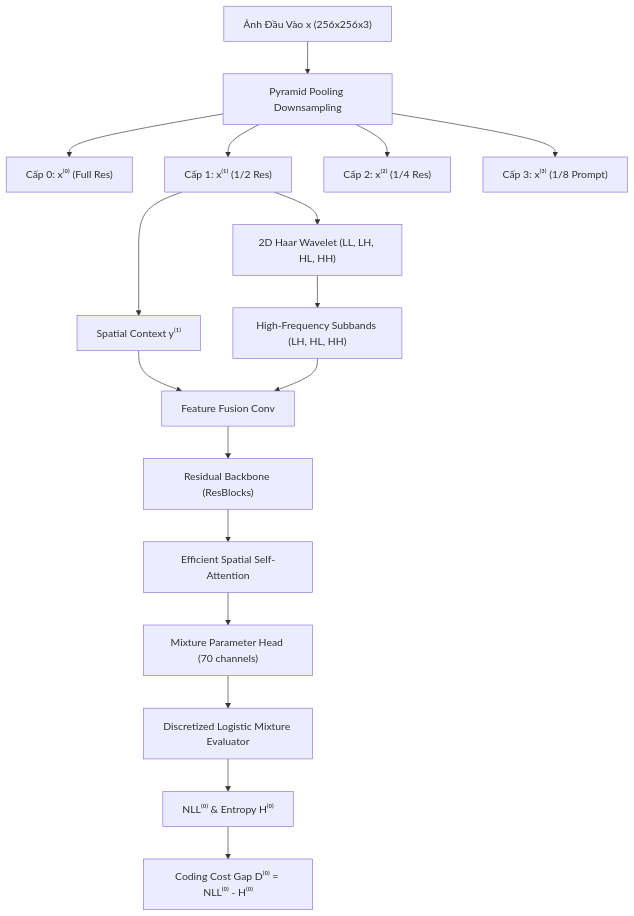
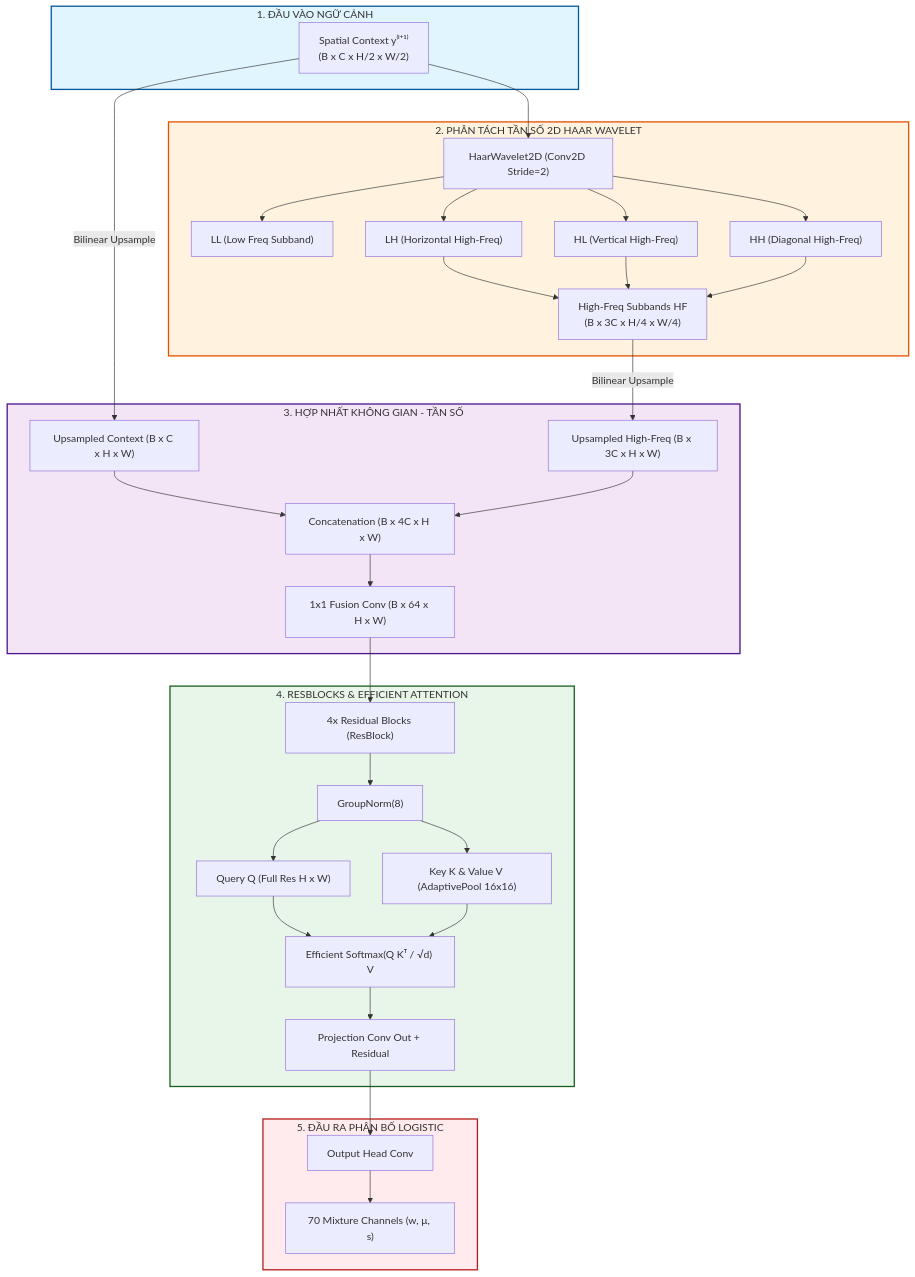
Before and after one commit to vietanhlee/XLA: the diagram in ADVANCED_ZED_ARCHITECTURE.md, drawn with Mermaid. The commit also changed other lines of this file and 7 other files, not shown here.

````diff
--- a/ADVANCED_ZED_ARCHITECTURE.md
+++ b/ADVANCED_ZED_ARCHITECTURE.md
@@ -56,22 +57,42 @@
 ```mermaid
-graph TD
-    A["Ảnh Đầu Vào x (256x256x3)"] --> B["Pyramid Pooling Downsampling"]
-    B --> C0["Cấp 0: x⁽⁰⁾ (Full Res)"]
-    B --> C1["Cấp 1: x⁽¹⁾ (1/2 Res)"]
-    B --> C2["Cấp 2: x⁽²⁾ (1/4 Res)"]
-    B --> C3["Cấp 3: x⁽³⁾ (1/8 Prompt)"]
+flowchart TD
+    subgraph InputStage ["1. ĐẦU VÀO NGỮ CẢNH"]
+        Y["Spatial Context y⁽ˡ⁺¹⁾<br/>(B x C x H/2 x W/2)"]
+    end
 
-    C1 --> W0["2D Haar Wavelet (LL, LH, HL, HH)"]
-    W0 --> HF0["High-Frequency Subbands (LH, HL, HH)"]
-    
-    C1 --> F0["Spatial Context y⁽¹⁾"]
-    F0 & HF0 --> Fusion0["Feature Fusion Conv"]
-    
-    Fusion0 --> Res0["Residual Backbone (ResBlocks)"]
-    Res0 --> Attn0["Efficient Spatial Self-Attention"]
-    Attn0 --> Head0["Mixture Parameter Head (70 channels)"]
-    
-    Head0 --> LogMix0["Discretized Logistic Mixture Evaluator"]
-    LogMix0 --> Stat0["NLL⁽⁰⁾ & Entropy H⁽⁰⁾"]
-    Stat0 --> Gap0["Coding Cost Gap D⁽⁰⁾ = NLL⁽⁰⁾ - H⁽⁰⁾"]
+    subgraph WaveletStage ["2. PHÂN TÁCH TẦN SỐ 2D HAAR WAVELET"]
+        Y --> DWT["HaarWavelet2D (Conv2D Stride=2)"]
+        DWT --> LL["LL (Low Freq Subband)"]
+        DWT --> LH["LH (Horizontal High-Freq)"]
+        DWT --> HL["HL (Vertical High-Freq)"]
+        DWT --> HH["HH (Diagonal High-Freq)"]
+        LH & HL & HH --> HF["High-Freq Subbands HF<br/>(B x 3C x H/4 x W/4)"]
+    end
+
+    subgraph FusionStage ["3. HỢP NHẤT KHÔNG GIAN - TẦN SỐ"]
+        Y -->|Bilinear Upsample| UpY["Upsampled Context (B x C x H x W)"]
+        HF -->|Bilinear Upsample| UpHF["Upsampled High-Freq (B x 3C x H x W)"]
+        UpY & UpHF --> Concat["Concatenation (B x 4C x H x W)"]
+        Concat --> FusionConv["1x1 Fusion Conv (B x 64 x H x W)"]
+    end
+
+    subgraph AttentionStage ["4. RESBLOCKS & EFFICIENT ATTENTION"]
+        FusionConv --> Res["4x Residual Blocks (ResBlock)"]
+        Res --> AttnNorm["GroupNorm(8)"]
+        AttnNorm --> AttnQ["Query Q (Full Res H x W)"]
+        AttnNorm --> AttnKV["Key K & Value V (AdaptivePool 16x16)"]
+        AttnQ & AttnKV --> EfficientAttn["Efficient Softmax(Q Kᵀ / √d) V"]
+        EfficientAttn --> ProjOut["Projection Conv Out + Residual"]
+    end
+
+    subgraph OutputStage ["5. ĐẦU RA PHÂN BỐ LOGISTIC"]
+        ProjOut --> OutConv["Output Head Conv"]
+        OutConv --> Params["70 Mixture Channels (w, μ, s)"]
+    end
+
+    style InputStage fill:#e1f5fe,stroke:#01579b,stroke-width:2px
+    style WaveletStage fill:#fff3e0,stroke:#e65100,stroke-width:2px
+    style FusionStage fill:#f3e5f5,stroke:#4a148c,stroke-width:2px
+    style AttentionStage fill:#e8f5e9,stroke:#1b5e20,stroke-width:2px
+    style OutputStage fill:#ffebee,stroke:#b71c1c,stroke-width:2px
 ```
````
